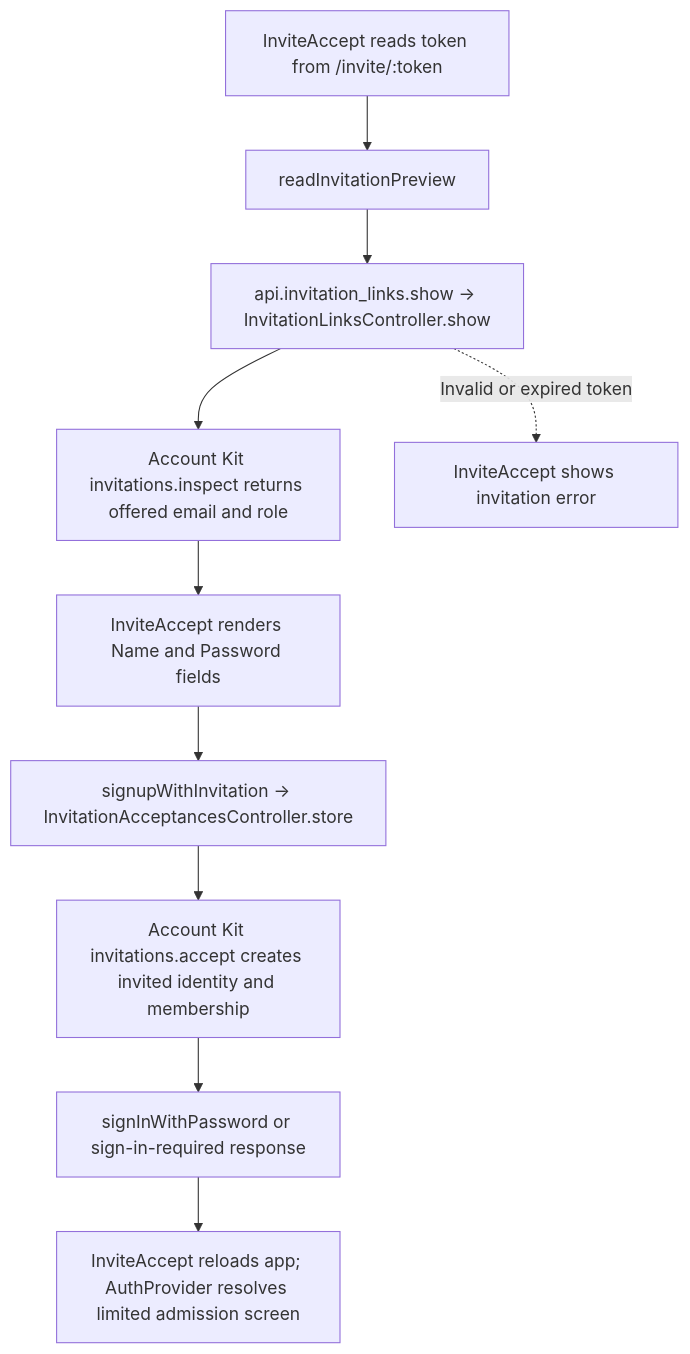
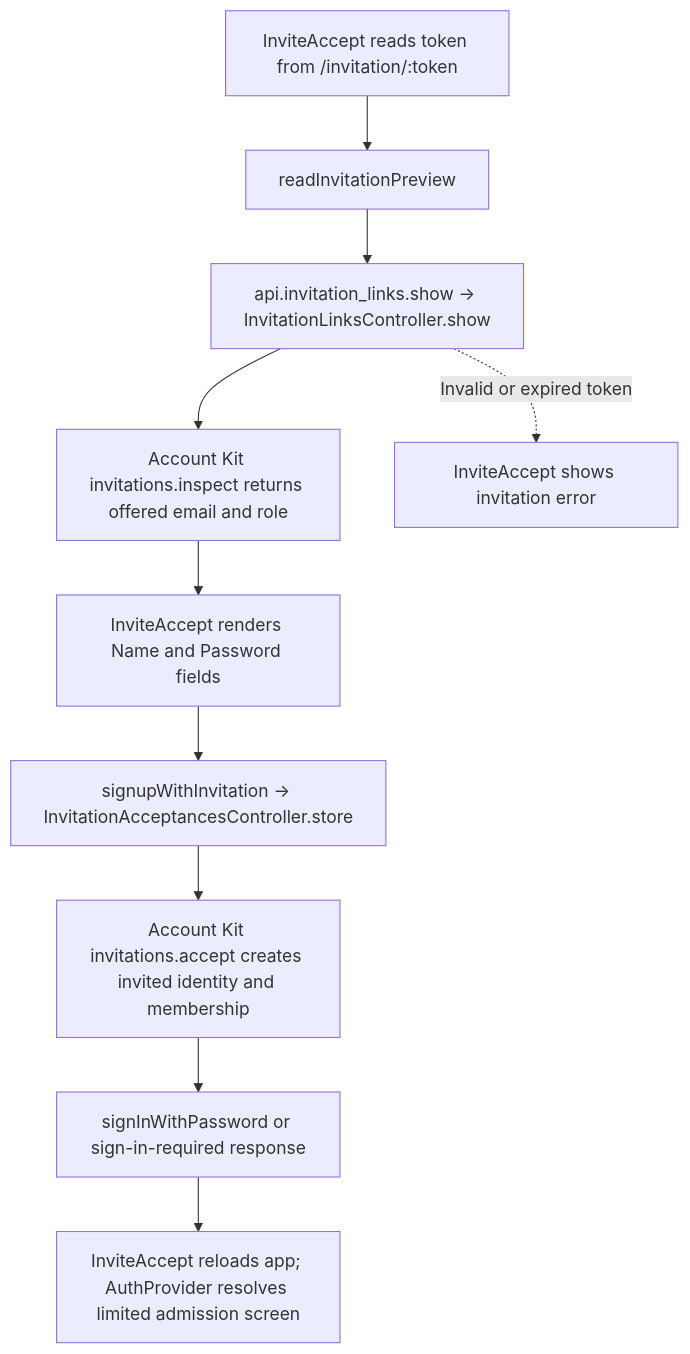
Before and after one commit to Kevinjohn/capacitylens: the second of 2 diagrams in user-stories/team/US-TEAM-04-accept-invitation.md, drawn with Mermaid. The commit also changed 12 other files, not shown here.

First line of the commit message:
Invitation link: serve invitations at /invitation/:token

````diff
--- a/user-stories/team/US-TEAM-04-accept-invitation.md
+++ b/user-stories/team/US-TEAM-04-accept-invitation.md
@@ -32,12 +32,12 @@
 ```mermaid
 flowchart TD
-    Invite["InviteAccept reads token from /invite/:token"] --> Preview["readInvitationPreview"]
+    Invite["InviteAccept reads token from /invitation/:token"] --> Preview["readInvitationPreview"]
     Preview --> PreviewRoute["api.invitation_links.show → InvitationLinksController.show"]
     PreviewRoute --> KitInspect["Account Kit invitations.inspect returns offered email and role"]
     KitInspect --> Form["InviteAccept renders Name and Password fields"]
     Form --> Submit["signupWithInvitation → InvitationAcceptancesController.store"]
     Submit --> Accept["Account Kit invitations.accept creates invited identity and membership"]
     Accept --> SignIn["signInWithPassword or sign-in-required response"]
     SignIn --> Reload["InviteAccept reloads app; AuthProvider resolves limited admission screen"]
     PreviewRoute -. "Invalid or expired token" .-> Error["InviteAccept shows invitation error"]
 ```
````
